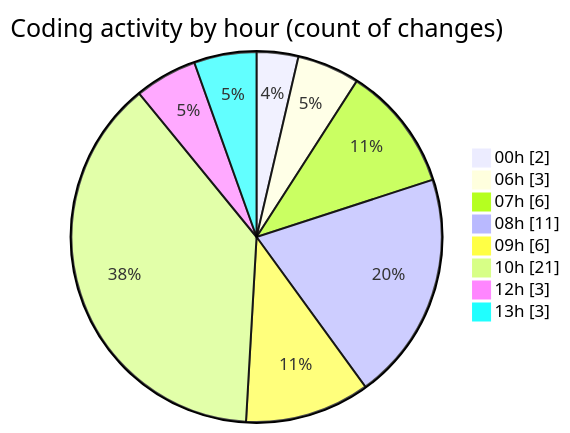
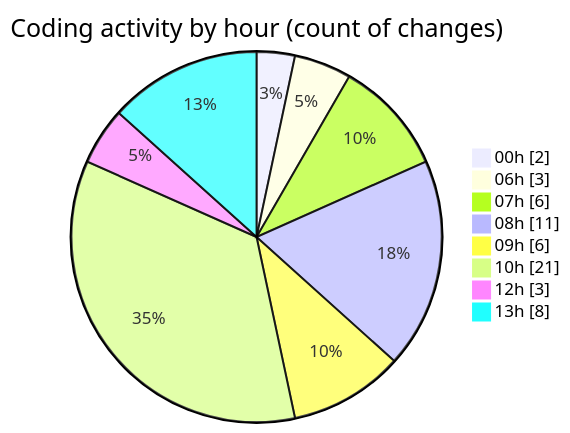
The second of 2 diagrams in 2025-05-15/niten/README.md (Elitesun/code-tracking), drawn with Mermaid before and after one commit. The commit also changed other lines of this file and 1 other file, not shown here.

````diff
--- a/2025-05-15/niten/README.md
+++ b/2025-05-15/niten/README.md
@@ -48,12 +50,12 @@
 ```mermaid
 pie showData
 title Coding activity by hour (count of changes)
 "00h" : 2
 "06h" : 3
 "07h" : 6
 "08h" : 11
 "09h" : 6
 "10h" : 21
 "12h" : 3
-"13h" : 3
+"13h" : 8
 ```
````
